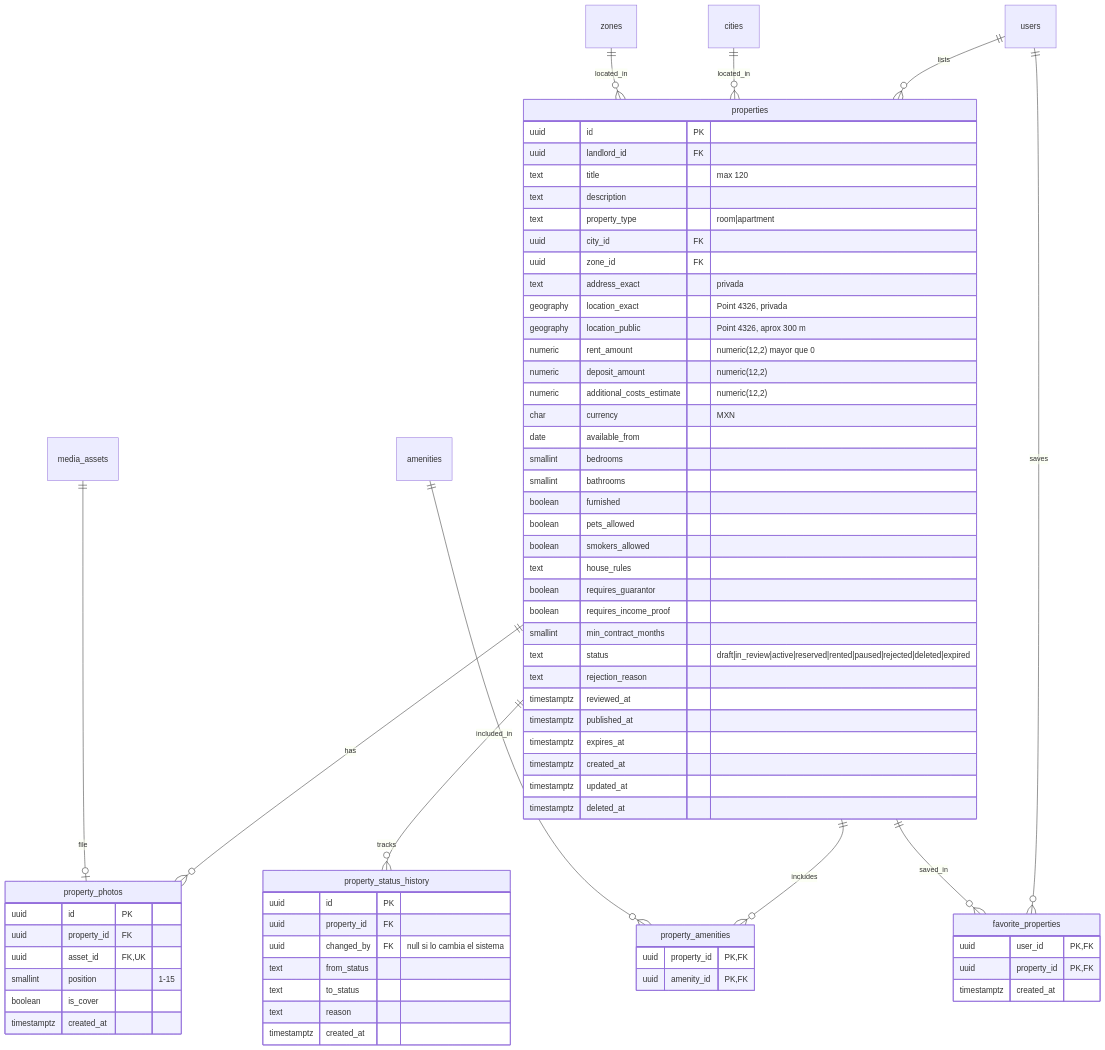
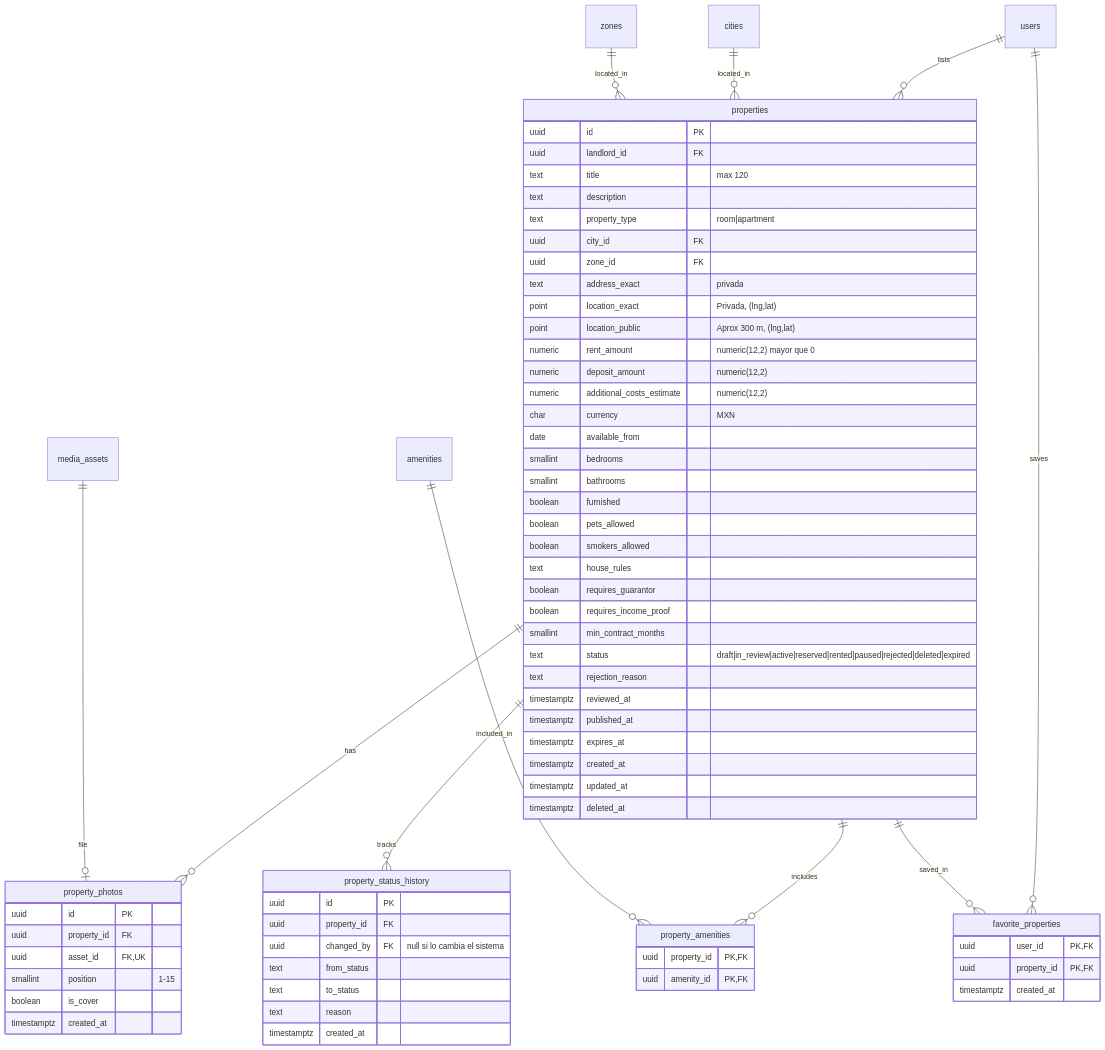
Before and after one commit to Yoseet/matchroom-backend: the fourth of 7 diagrams in .ai/SCHEMA.md, drawn with Mermaid. The commit also changed other lines of this file and 28 other files, not shown here.

````diff
--- a/.ai/SCHEMA.md
+++ b/.ai/SCHEMA.md
@@ -357,74 +359,74 @@
 ```mermaid
 erDiagram
     users ||--o{ properties : lists
     cities ||--o{ properties : located_in
     zones ||--o{ properties : located_in
     properties ||--o{ property_photos : has
     media_assets ||--o| property_photos : file
     properties ||--o{ property_amenities : includes
     amenities ||--o{ property_amenities : included_in
     properties ||--o{ property_status_history : tracks
     users ||--o{ favorite_properties : saves
     properties ||--o{ favorite_properties : saved_in
 
     properties {
         uuid id PK
         uuid landlord_id FK
         text title "max 120"
         text description
         text property_type "room|apartment"
         uuid city_id FK
         uuid zone_id FK
         text address_exact "privada"
-        geography location_exact "Point 4326, privada"
-        geography location_public "Point 4326, aprox 300 m"
+        point location_exact "Privada, (lng,lat)"
+        point location_public "Aprox 300 m, (lng,lat)"
         numeric rent_amount "numeric(12,2) mayor que 0"
         numeric deposit_amount "numeric(12,2)"
         numeric additional_costs_estimate "numeric(12,2)"
         char currency "MXN"
         date available_from
         smallint bedrooms
         smallint bathrooms
         boolean furnished
         boolean pets_allowed
         boolean smokers_allowed
         text house_rules
         boolean requires_guarantor
         boolean requires_income_proof
         smallint min_contract_months
         text status "draft|in_review|active|reserved|rented|paused|rejected|deleted|expired"
         text rejection_reason
         timestamptz reviewed_at
         timestamptz published_at
         timestamptz expires_at
         timestamptz created_at
         timestamptz updated_at
         timestamptz deleted_at
     }
     property_photos {
         uuid id PK
         uuid property_id FK
         uuid asset_id FK, UK
         smallint position "1-15"
         boolean is_cover
         timestamptz created_at
     }
     property_amenities {
         uuid property_id PK, FK
         uuid amenity_id PK, FK
     }
     property_status_history {
         uuid id PK
         uuid property_id FK
         uuid changed_by FK "null si lo cambia el sistema"
         text from_status
         text to_status
         text reason
         timestamptz created_at
     }
     favorite_properties {
         uuid user_id PK, FK
         uuid property_id PK, FK
         timestamptz created_at
     }
 ```
````
